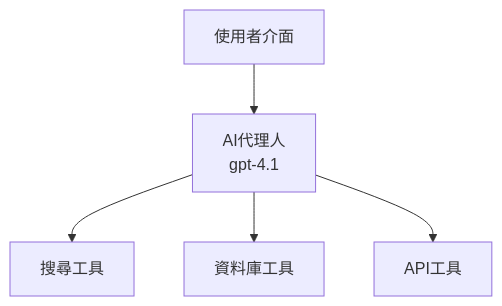
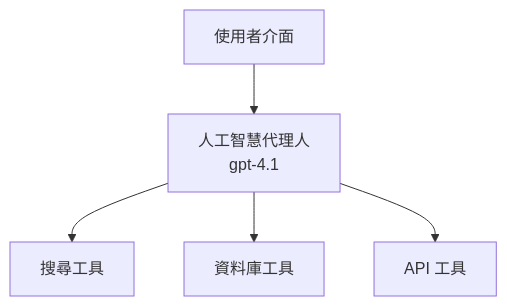
One commit to microsoft/AZD-for-beginners changed the first of 3 diagrams in translations/zh-TW/docs/chapter-02-ai-development/agents.md. Above: the diagram before and after it, drawn with Mermaid. The commit also changed other lines of this file and 104 other files, not shown here.

````diff
--- a/translations/zh-TW/docs/chapter-02-ai-development/agents.md
+++ b/translations/zh-TW/docs/chapter-02-ai-development/agents.md
@@ -157,7 +162,7 @@
 ```mermaid
 graph TD
-    UI[使用者介面] --> Agent[AI代理人<br/>gpt-4.1]
+    UI[使用者介面] --> Agent[人工智慧代理人<br/>gpt-4.1]
     Agent --> Search[搜尋工具]
     Agent --> Database[資料庫工具]
-    Agent --> API[API工具]
+    Agent --> API[API 工具]
 ```
````
